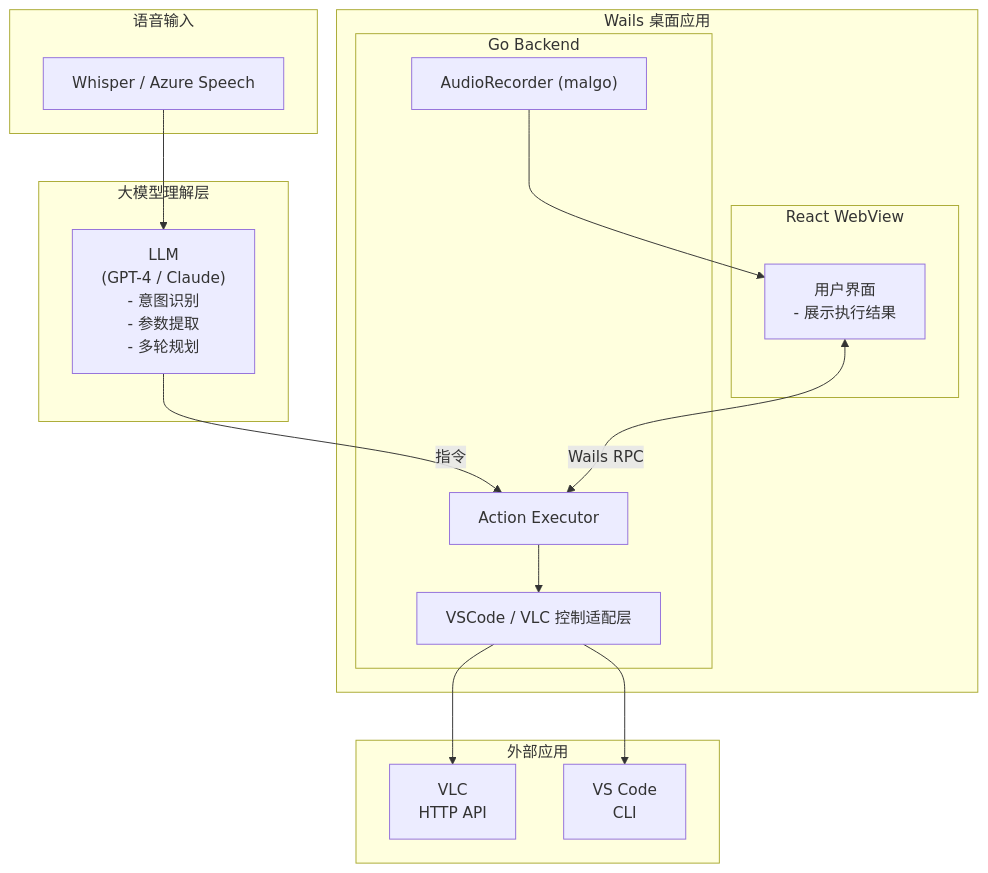
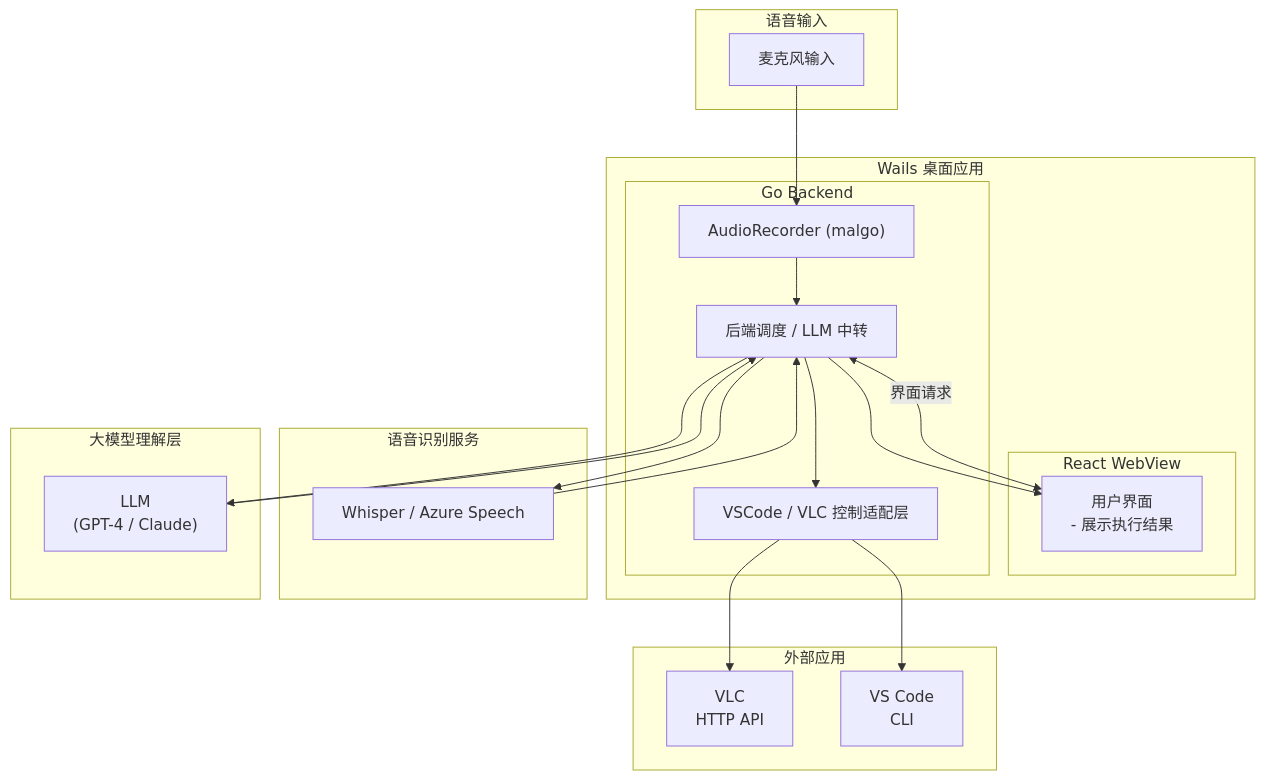
Before and after one commit to yixianOu/ai-voice-ctrl: the diagram in QUICKSTART.md, drawn with Mermaid.

Commit message:
refactor: 优化架构图，调整语音输入和后端调度的关系，简化执行器部分

````diff
--- a/QUICKSTART.md
+++ b/QUICKSTART.md
@@ -7,35 +7,44 @@
 ```mermaid
 flowchart TB
     subgraph Speech[语音输入]
-        STT["Whisper / Azure Speech"]
-    end
-
-    subgraph LLM[大模型理解层]
-        GPT["LLM<br/>(GPT-4 / Claude)<br/>- 意图识别<br/>- 参数提取<br/>- 多轮规划"]
+        Mic["麦克风输入"]
     end
 
     subgraph Wails[Wails 桌面应用]
         subgraph UI[React WebView]
             View["用户界面<br/>- 展示执行结果"]
         end
 
         subgraph Backend[Go Backend]
-            Executor["Action Executor"]
             Recorder["AudioRecorder (malgo)"]
+            Relay["后端调度 / LLM 中转"]
             Adapter["VSCode / VLC 控制适配层"]
         end
+    end
+
+    subgraph STTService[语音识别服务]
+        STT["Whisper / Azure Speech"]
+    end
+
+    subgraph LLM[大模型理解层]
+        GPT["LLM<br/>(GPT-4 / Claude)"]
     end
 
     subgraph Clients[外部应用]
         VLC["VLC<br/>HTTP API"]
         VSCode["VS Code<br/>CLI"]
     end
 
-    STT --> GPT
-    GPT -- 指令 --> Executor
-    View <-->|Wails RPC| Executor
-    Executor --> Adapter
+    Mic --> Recorder
+    Recorder --> Relay
+    Relay --> STT
+    STT --> Relay
+    Relay --> GPT
+    GPT --> Relay
+
+    View <-->|界面请求| Relay
+    Relay --> Adapter
     Adapter --> VLC
     Adapter --> VSCode
-    Recorder --> View
+    Relay --> View
 ```
````
